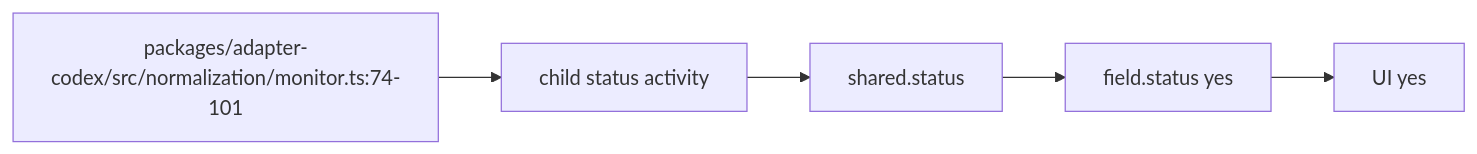
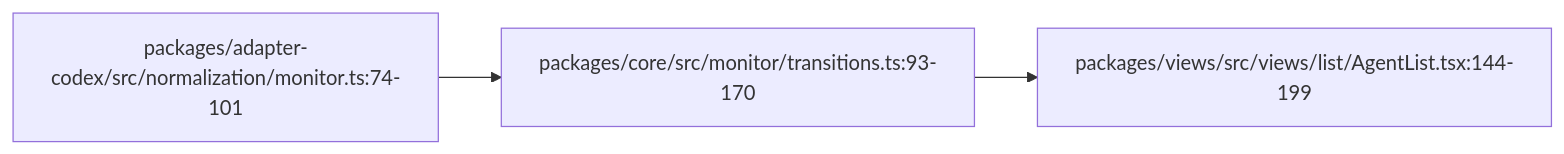
One commit to vibefield/puppeteer changed the diagram in audit/godview/evidence/codex/status.mmd. Above: the diagram before and after it, drawn with Mermaid. The commit also changed 1255 other files, not shown here.

```diff
--- a/audit/godview/evidence/codex/status.mmd
+++ b/audit/godview/evidence/codex/status.mmd
@@ -1,11 +1,9 @@
-%% graph_ref: shared.status
-%% adapter: codex
-%% field: field.status
-%% forensic: source-read at 748d015; not a live sample
+%% graph_ref: path.status
+%% shared_map: 07e71c9bcb9532fc181e3f667f2d0ed2e7c9afaf
+%% forensic: source-read 748d015a7e393112e0a91dad80111fdf5abe6583; not a live sample
 flowchart LR
-  src["packages/adapter-codex/src/normalization/monitor.ts:74-101"]
-  raw["child status activity"]
-  shared["shared.status"]
-  row["field.status yes"]
-  ui["UI yes"]
-  src --> raw --> shared --> row --> ui
+  n0["packages/adapter-codex/src/normalization/monitor.ts:74-101"]
+  n1["packages/core/src/monitor/transitions.ts:93-170"]
+  n0 --> n1
+  n2["packages/views/src/views/list/AgentList.tsx:144-199"]
+  n1 --> n2
```
